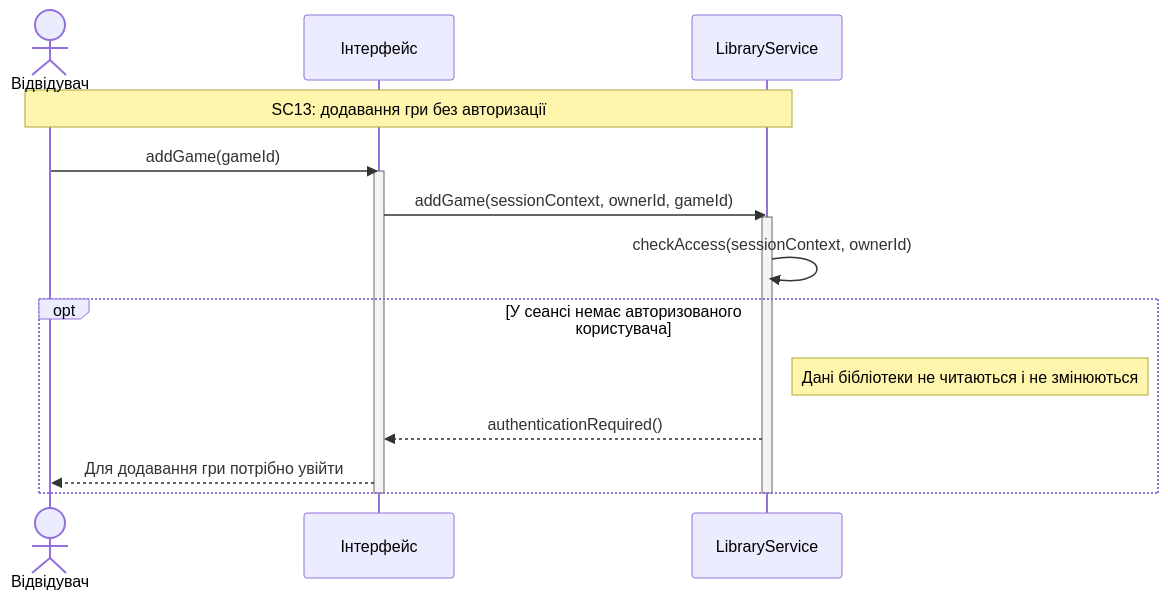
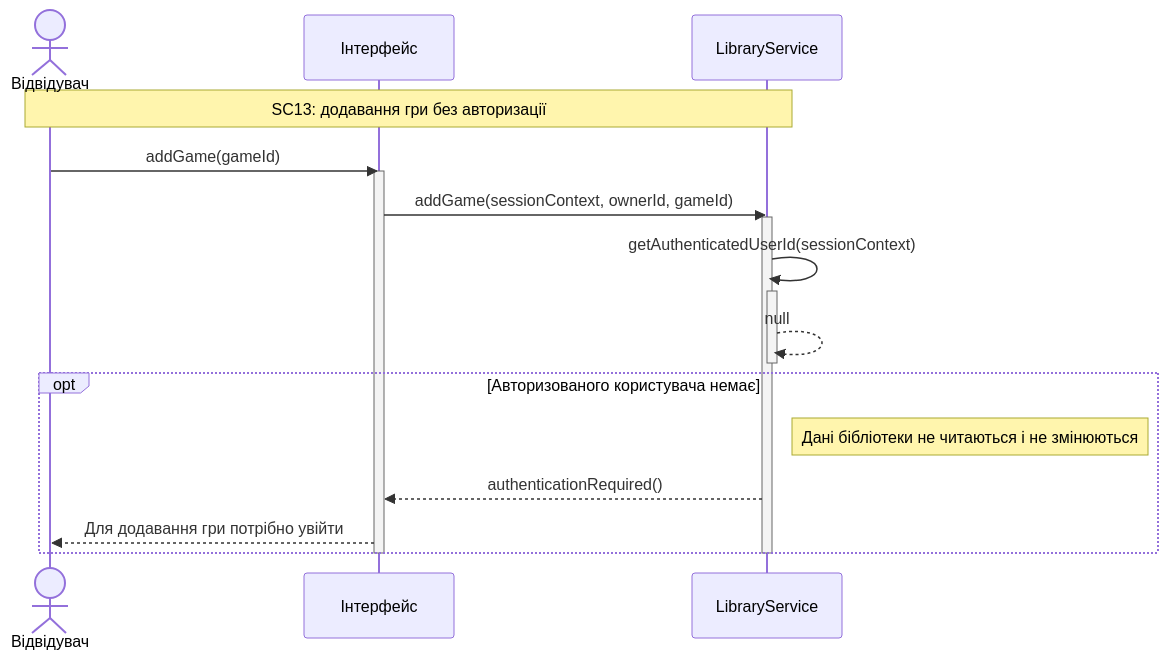
The diagram in Lab3/sc13-unauthorized.mmd (Bbg0kif/KPI), drawn with Mermaid before and after one commit. The commit also changed 4 other files, not shown here.

Commit message:
detail session identity checks in access scenarios

```diff
--- a/Lab3/sc13-unauthorized.mmd
+++ b/Lab3/sc13-unauthorized.mmd
@@ -1,22 +1,25 @@
 sequenceDiagram
     actor Visitor as Відвідувач
     participant UI as Інтерфейс
     participant LS as LibraryService
 
     Note over Visitor,LS: SC13: додавання гри без авторизації
 
     Visitor->>UI: addGame(gameId)
     activate UI
     UI->>LS: addGame(sessionContext, ownerId, gameId)
     activate LS
 
-    LS->>LS: checkAccess(sessionContext, ownerId)
+    LS->>LS: getAuthenticatedUserId(sessionContext)
+    activate LS
+    LS-->>LS: null
+    deactivate LS
 
-    opt У сеансі немає авторизованого користувача
+    opt Авторизованого користувача немає
         Note right of LS: Дані бібліотеки не читаються і не змінюються
         LS-->>UI: authenticationRequired()
         UI-->>Visitor: Для додавання гри потрібно увійти
     end
 
     deactivate LS
     deactivate UI
```
